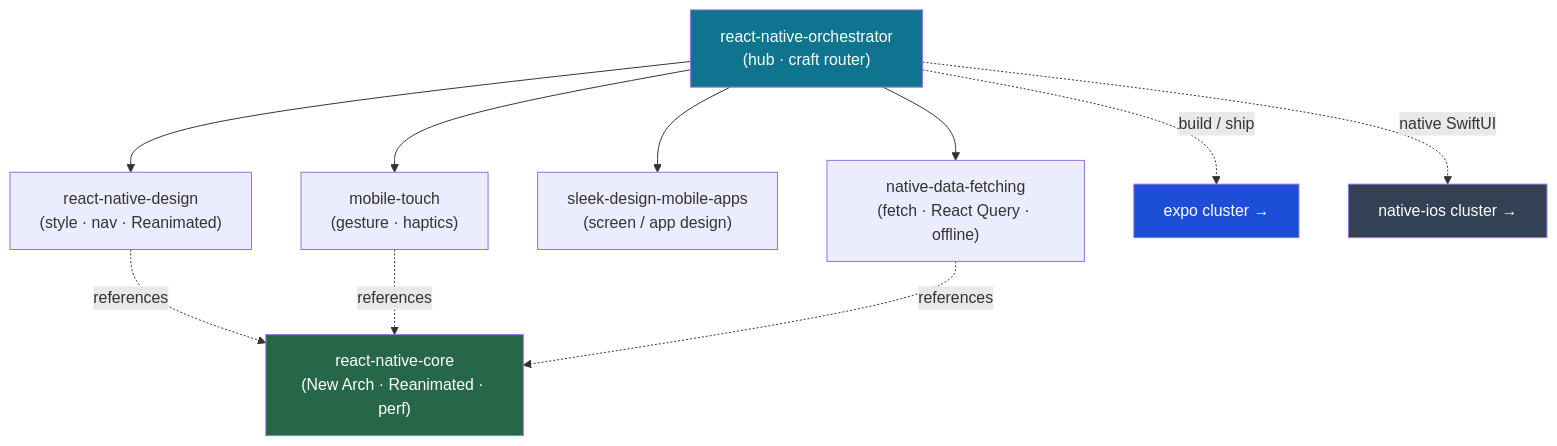
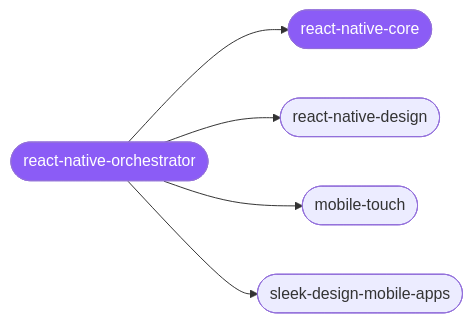
The diagram in clusters/react-native/README.md (Sheshiyer/skill-clusters), drawn with Mermaid before and after one commit. The commit also changed other lines of this file and 44 other files, not shown here.

````diff
--- a/clusters/react-native/README.md
+++ b/clusters/react-native/README.md
@@ -29,18 +18,8 @@
 ```mermaid
-graph TD
-    O["react-native-orchestrator<br/>(hub · craft router)"]
-    O --> D["react-native-design<br/>(style · nav · Reanimated)"]
-    O --> T["mobile-touch<br/>(gesture · haptics)"]
-    O --> S["sleek-design-mobile-apps<br/>(screen / app design)"]
-    O --> F["native-data-fetching<br/>(fetch · React Query · offline)"]
-    O -. "build / ship" .-> EXPO["expo cluster →"]
-    O -. "native SwiftUI" .-> IOS["native-ios cluster →"]
-    D -. references .-> C["react-native-core<br/>(New Arch · Reanimated · perf)"]
-    T -. references .-> C
-    F -. references .-> C
-
-    style O fill:#0e7490,color:#fff
-    style C fill:#276749,color:#fff
-    style EXPO fill:#1d4ed8,color:#fff
-    style IOS fill:#334155,color:#fff
+graph LR
+  o([react-native-orchestrator]):::hub --> c([react-native-core]):::hub
+  o --> s1([react-native-design])
+  o --> s2([mobile-touch])
+  o --> s3([sleek-design-mobile-apps])
+  classDef hub fill:#8b5cf6,color:#fff;
 ```
````
